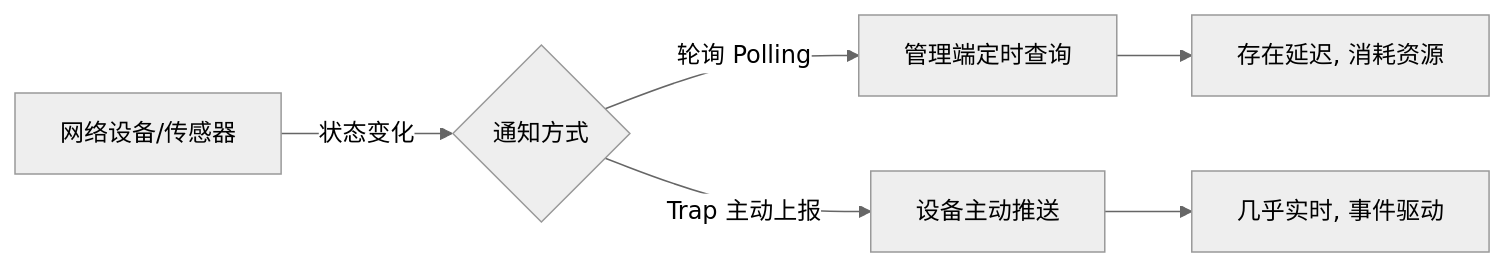
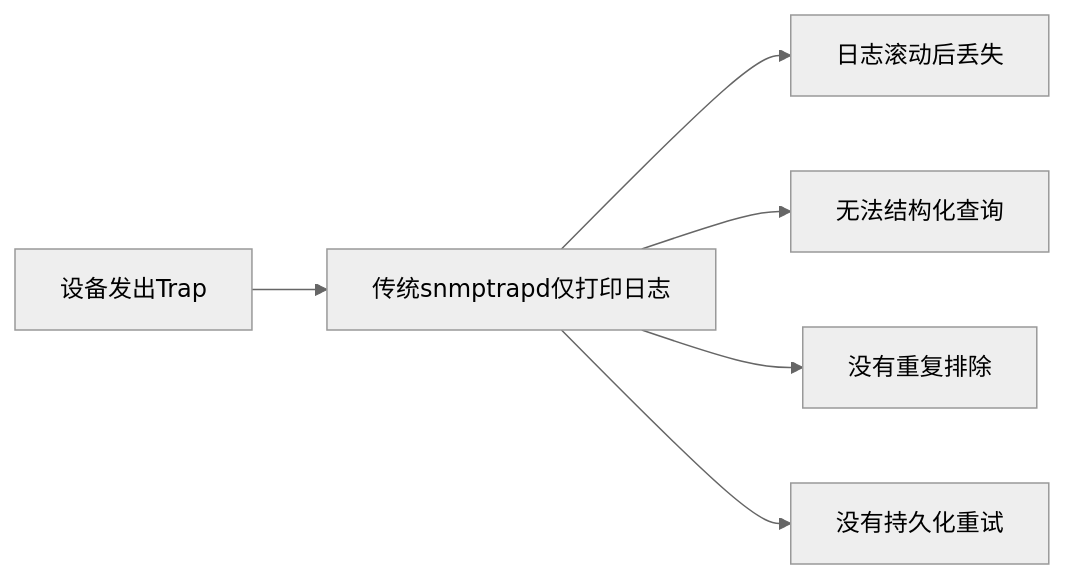
The diagram in slides/snmp-trap-demo-course/01.md (seki999/DialogueFlow_GitHub_OnLine), drawn with Mermaid (neutral theme) before and after one commit. The commit also changed other lines of this file and 48 other files, not shown here.

````diff
--- a/slides/snmp-trap-demo-course/01.md
+++ b/slides/snmp-trap-demo-course/01.md
@@ -5,8 +5,8 @@
 ```mermaid
 flowchart LR
-    D[网络设备/传感器] -->|状态变化| Q{通知方式}
-    Q -->|轮询 Polling| P[管理端定时查询]
-    Q -->|Trap 主动上报| T[设备主动推送]
-    P --> Delay[存在延迟, 消耗资源]
-    T --> Fast[几乎实时, 事件驱动]
+    D[设备发出Trap] --> L[传统snmptrapd仅打印日志]
+    L --> P1[日志滚动后丢失]
+    L --> P2[无法结构化查询]
+    L --> P3[没有重复排除]
+    L --> P4[没有持久化重试]
 ```
````
